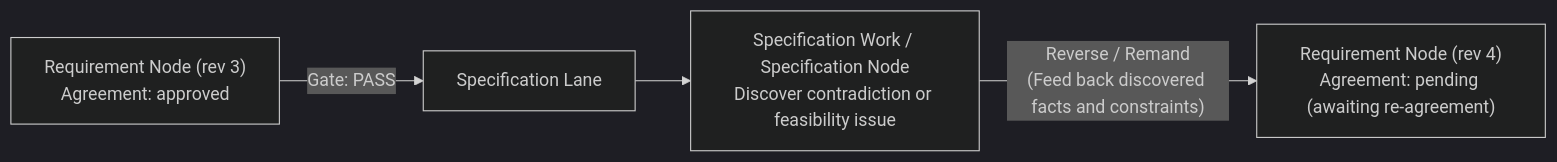
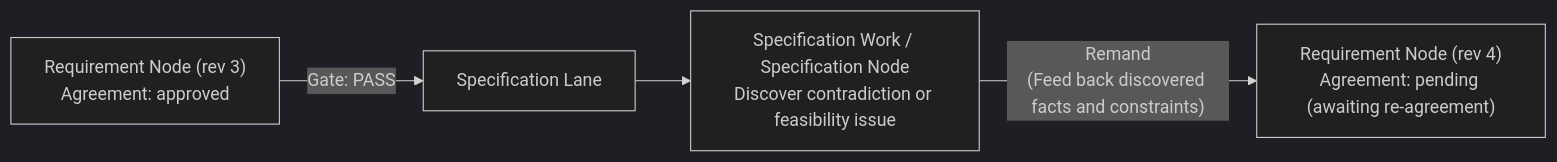
The fifth of 5 diagrams in lane-model/03_gate_and_requirements_flow.md (longicorn/ise-methodology), drawn with Mermaid (dark theme) before and after one commit. The commit also changed other lines of this file and 3 other files, not shown here.

````diff
--- a/lane-model/03_gate_and_requirements_flow.md
+++ b/lane-model/03_gate_and_requirements_flow.md
@@ -199,6 +210,6 @@
 ```mermaid
 flowchart LR
     Q3["Requirement Node (rev 3)\nAgreement: approved"] -->|"Gate: PASS"| SL["Specification Lane"]
     SL --> SP["Specification Work / Specification Node\nDiscover contradiction or feasibility issue"]
-    SP -->|"Reverse / Remand\n(Feed back discovered facts and constraints)"| Q4["Requirement Node (rev 4)\nAgreement: pending (awaiting re-agreement)"]
+    SP -->|"Remand\n(Feed back discovered facts and constraints)"| Q4["Requirement Node (rev 4)\nAgreement: pending (awaiting re-agreement)"]
 ```
````
